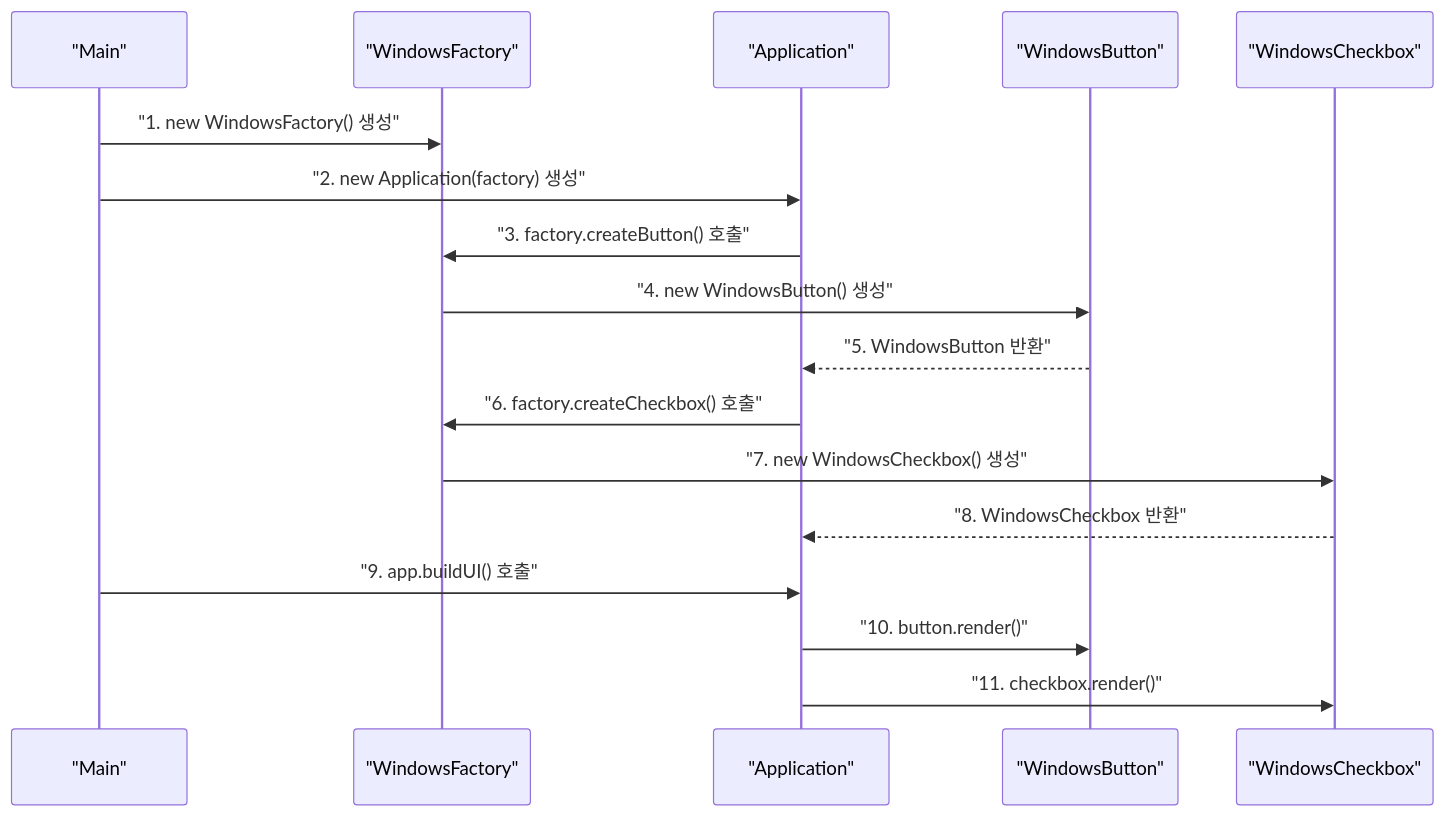
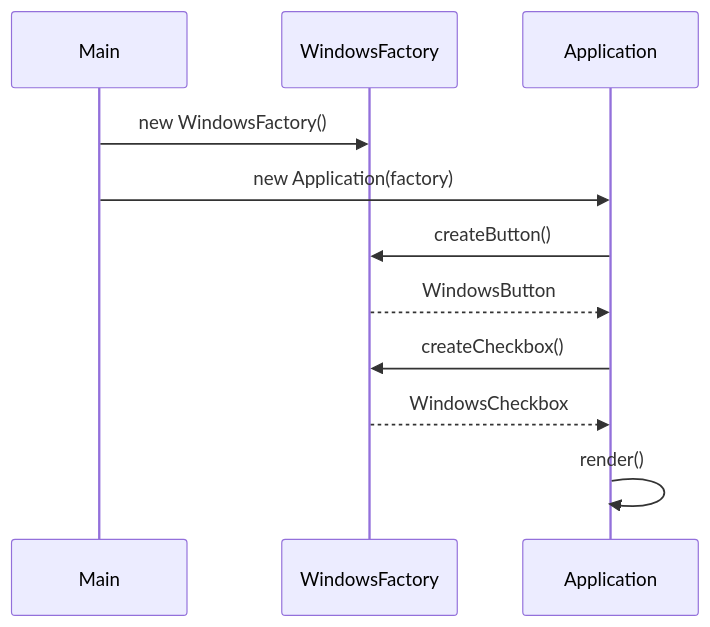
Before and after one commit to yjkim2015/yjkim2015.github.io: the second of 2 diagrams in _posts/designPattern/2021-12-07-Abstract Factory Pattern.md, drawn with Mermaid. The commit also changed other lines of this file and 215 other files, not shown here.

First line of the commit message:
신규 포스트 10개 추가 + Mermaid 전면 축소 + SystemDesign 시리즈 보강

````diff
--- a/_posts/designPattern/2021-12-07-Abstract Factory Pattern.md
+++ b/_posts/designPattern/2021-12-07-Abstract Factory Pattern.md
@@ -262,20 +223,13 @@
 ```mermaid
 sequenceDiagram
-    participant M as "Main"
-    participant F as "WindowsFactory"
-    participant A as "Application"
-    participant B as "WindowsButton"
-    participant C as "WindowsCheckbox"
-
-    M->>F: "1. new WindowsFactory() 생성"
-    M->>A: "2. new Application(factory) 생성"
-    A->>F: "3. factory.createButton() 호출"
-    F->>B: "4. new WindowsButton() 생성"
-    B-->>A: "5. WindowsButton 반환"
-    A->>F: "6. factory.createCheckbox() 호출"
-    F->>C: "7. new WindowsCheckbox() 생성"
-    C-->>A: "8. WindowsCheckbox 반환"
-    M->>A: "9. app.buildUI() 호출"
-    A->>B: "10. button.render()"
-    A->>C: "11. checkbox.render()"
+    participant M as Main
+    participant F as WindowsFactory
+    participant A as Application
+    M->>F: new WindowsFactory()
+    M->>A: new Application(factory)
+    A->>F: createButton()
+    F-->>A: WindowsButton
+    A->>F: createCheckbox()
+    F-->>A: WindowsCheckbox
+    A->>A: render()
 ```
````
